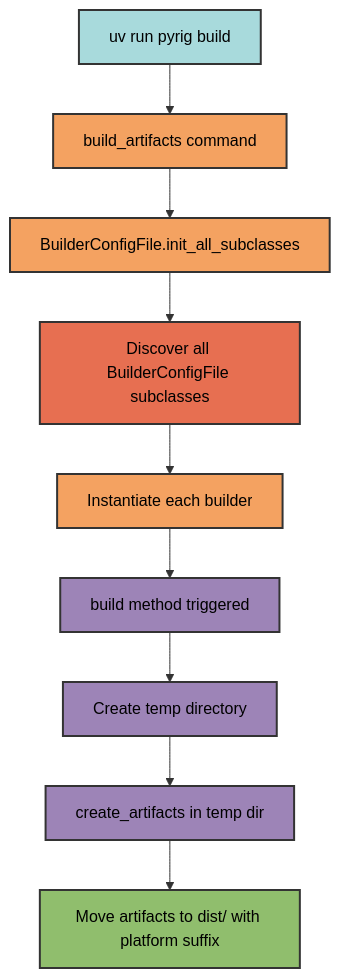
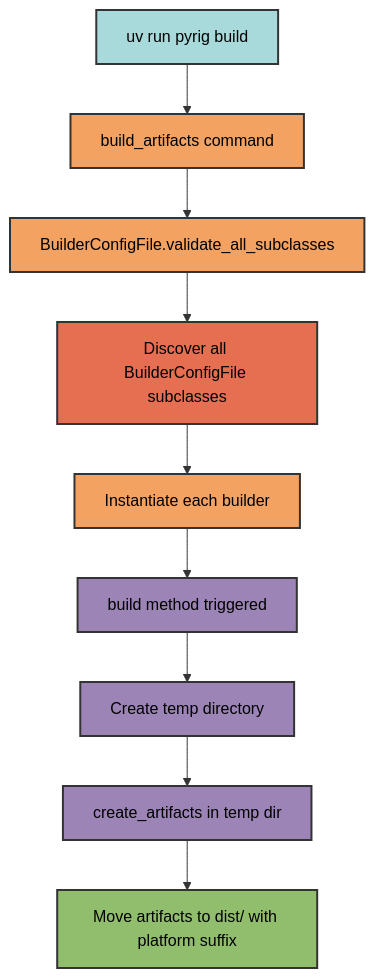
One commit to Winipedia/pyrig changed the first of 2 diagrams in docs/builders/architecture.md. Above: the diagram before and after it, drawn with Mermaid. The commit also changed 76 other files, not shown here.

````diff
--- a/docs/builders/architecture.md
+++ b/docs/builders/architecture.md
@@ -9,21 +9,21 @@
 ```mermaid
 graph TD
     A[uv run pyrig build] --> B[build_artifacts command]
-    B --> C[BuilderConfigFile.init_all_subclasses]
+    B --> C[BuilderConfigFile.validate_all_subclasses]
     C --> D[Discover all BuilderConfigFile subclasses]
     D --> E[Instantiate each builder]
     E --> F[build method triggered]
     F --> G[Create temp directory]
     G --> H[create_artifacts in temp dir]
     H --> I[Move artifacts to dist/ with platform suffix]
 
     style A fill:#a8dadc,stroke:#333,stroke-width:2px,color:#000
     style B fill:#f4a261,stroke:#333,stroke-width:2px,color:#000
     style C fill:#f4a261,stroke:#333,stroke-width:2px,color:#000
     style D fill:#e76f51,stroke:#333,stroke-width:2px,color:#000
     style E fill:#f4a261,stroke:#333,stroke-width:2px,color:#000
     style F fill:#9d84b7,stroke:#333,stroke-width:2px,color:#000
     style G fill:#9d84b7,stroke:#333,stroke-width:2px,color:#000
     style H fill:#9d84b7,stroke:#333,stroke-width:2px,color:#000
     style I fill:#90be6d,stroke:#333,stroke-width:2px,color:#000
 ```
````
